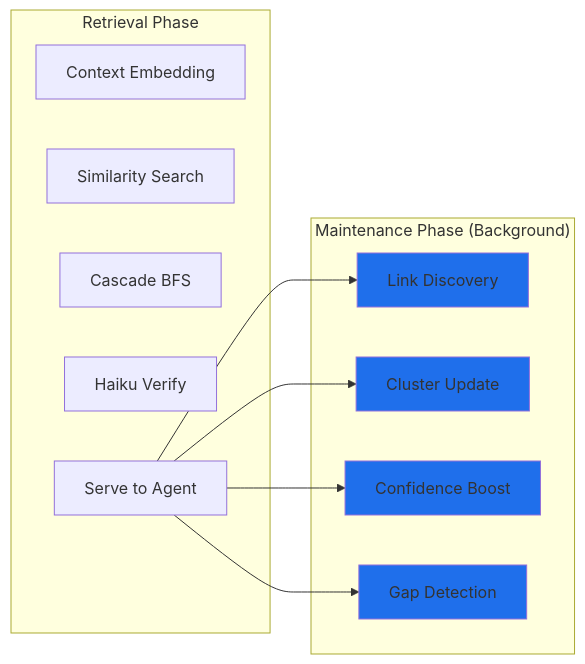
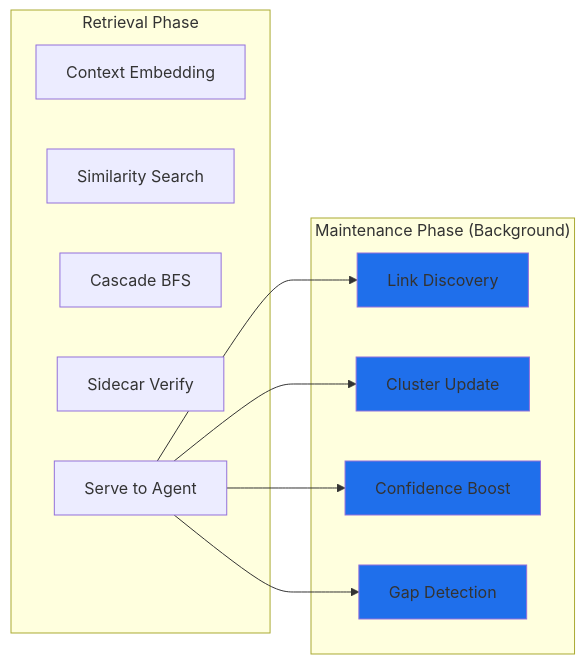
One commit to iamrohithrnair/minnal changed the fifth of 8 diagrams in docs/MEMORY_ARCHITECTURE.md. Above: the diagram before and after it, drawn with Mermaid. The commit also changed other lines of this file and 12 other files, not shown here.

````diff
--- a/docs/MEMORY_ARCHITECTURE.md
+++ b/docs/MEMORY_ARCHITECTURE.md
@@ -490,27 +490,27 @@
 ```mermaid
 graph LR
     subgraph "Retrieval Phase"
         R1[Context Embedding]
         R2[Similarity Search]
         R3[Cascade BFS]
-        R4[Haiku Verify]
+        R4[Sidecar Verify]
         R5[Serve to Agent]
     end
 
     subgraph "Maintenance Phase (Background)"
         M1[Link Discovery]
         M2[Cluster Update]
         M3[Confidence Boost]
         M4[Gap Detection]
     end
 
     R5 --> M1
     R5 --> M2
     R5 --> M3
     R5 --> M4
 
     style M1 fill:#1f6feb
     style M2 fill:#1f6feb
     style M3 fill:#1f6feb
     style M4 fill:#1f6feb
 ```
````
